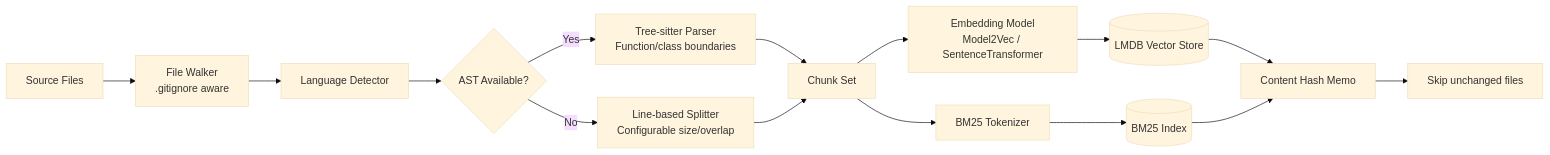
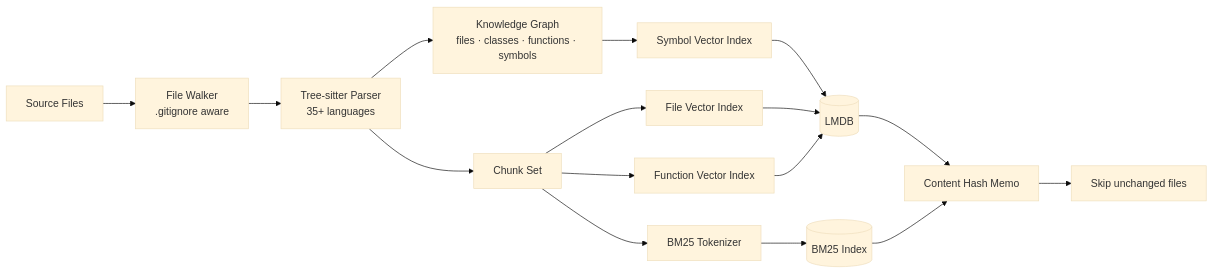
The second of 3 diagrams in README.md (OEvortex/vortexa), drawn with Mermaid (base theme) before and after one commit. The commit also changed other lines of this file and 30 other files, not shown here.

````diff
--- a/README.md
+++ b/README.md
@@ -417,17 +542,18 @@
 ```mermaid
 graph LR
     A[Source Files] --> B[File Walker<br/>.gitignore aware]
-    B --> C[Language Detector]
-    C --> D{AST Available?}
-    D -->|Yes| E[Tree-sitter Parser<br/>Function/class boundaries]
-    D -->|No| F[Line-based Splitter<br/>Configurable size/overlap]
-    E --> G[Chunk Set]
-    F --> G
-    G --> H[Embedding Model<br/>Model2Vec / SentenceTransformer]
-    G --> I[BM25 Tokenizer]
-    H --> J[(LMDB Vector Store)]
+    B --> C[Tree-sitter Parser<br/>35+ languages]
+    C --> D[Knowledge Graph<br/>files · classes · functions · symbols]
+    C --> E[Chunk Set]
+    D --> F[Symbol Vector Index]
+    E --> G[File Vector Index]
+    E --> H[Function Vector Index]
+    E --> I[BM25 Tokenizer]
+    F --> J[(LMDB)]
+    G --> J
+    H --> J
     I --> K[(BM25 Index)]
     J --> L[Content Hash Memo]
     K --> L
     L --> M[Skip unchanged files]
 ```
````
